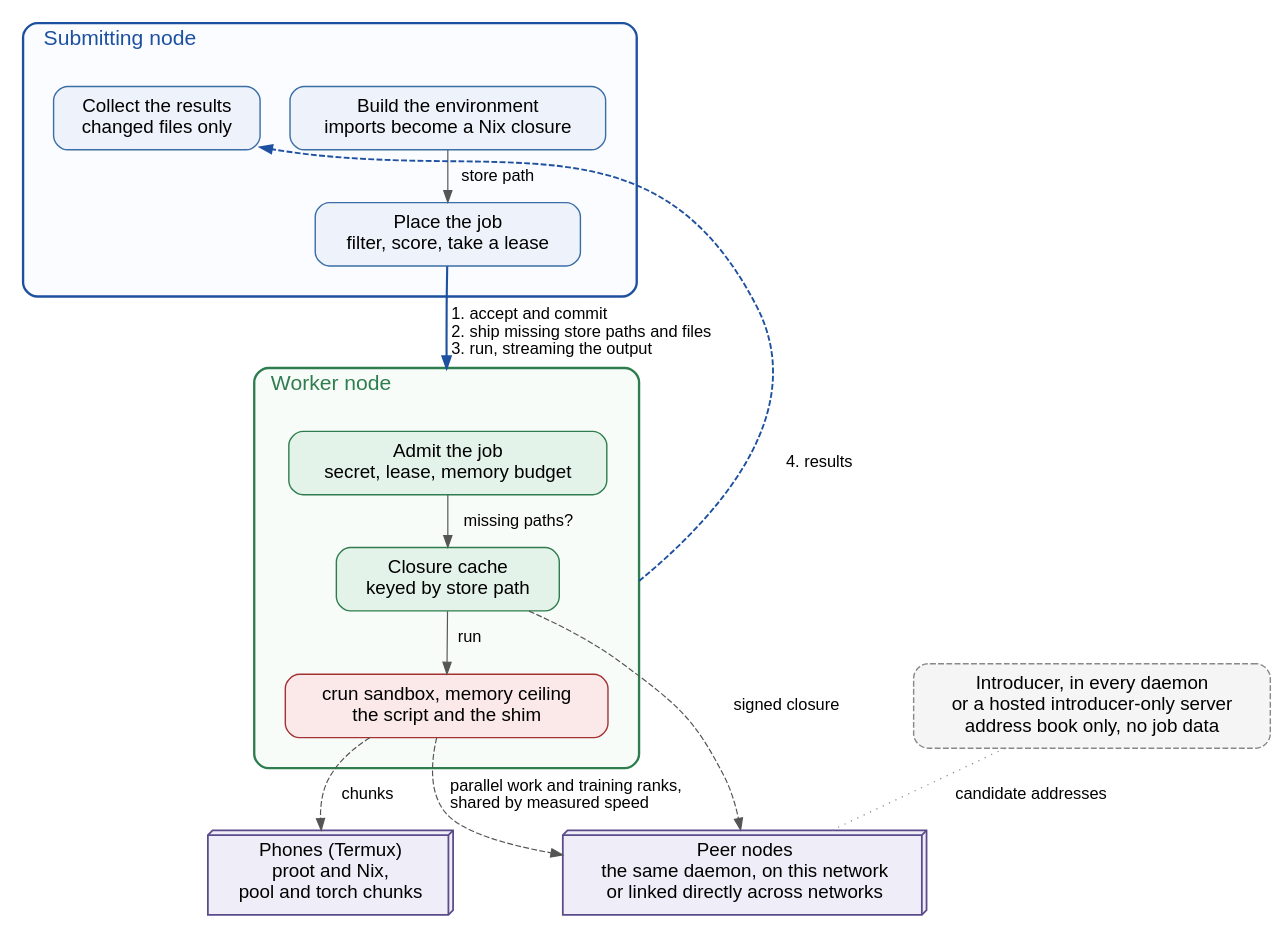
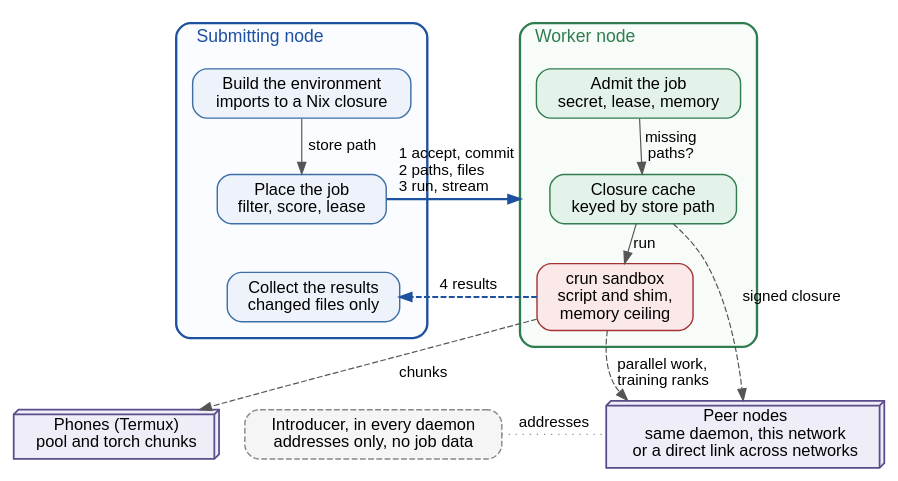
Before and after one commit to vinayakyadav2709/Pipedpeer: the diagram in docs/diagrams/src/fig_3.1_system_design.dot, drawn with Graphviz. The commit also changed 49 other files, not shown here.

```diff
--- a/docs/diagrams/src/fig_3.1_system_design.dot
+++ b/docs/diagrams/src/fig_3.1_system_design.dot
@@ -1,49 +1,51 @@
-// Figure 3.1 - PipedPeer system design.
+// Figure 3.1 - PipedPeer system design (report).
 // Every box is on the path. Every daemon serves the introducer for its own
 // cluster; it is drawn apart, dashed, because a LAN cluster needs none and a
-// hosted introducer-only server may take the role. Phones join as nodes that
-// take parallel chunks under proot and Nix.
+// hosted introducer-only server may take the role. Phones take chunks only.
+// Labels are kept short so the text prints at 8 pt or more at text width.
 digraph SystemDesign {
-  rankdir=TB; compound=true; bgcolor="white"; nodesep=0.35; ranksep=0.42;
-  node [fontname="Helvetica", fontsize=16, shape=box, style="rounded,filled",
-        fillcolor="#eef3fb", color="#3b6ea5", penwidth=1.2, margin="0.20,0.13"];
-  edge [fontname="Helvetica", fontsize=14, color="#555555"];
-  graph [fontname="Helvetica", fontsize=18];
+  rankdir=TB; newrank=true; compound=true; bgcolor="white"; nodesep=0.30; ranksep=0.28;
+  node [fontname="Helvetica", fontsize=14, shape=box, style="rounded,filled",
+        fillcolor="#eef3fb", color="#3b6ea5", penwidth=1.2, margin="0.14,0.08"];
+  edge [fontname="Helvetica", fontsize=13, color="#555555"];
+  graph [fontname="Helvetica", fontsize=15];
 
   subgraph cluster_submit {
     label="Submitting node"; labeljust=l;
     style="rounded"; color="#1e50a0"; penwidth=2.0; fontcolor="#1e50a0"; bgcolor="#fafcff";
-    margin="26,20";
-    build [label="Build the environment\nimports become a Nix closure"];
-    place [label="Place the job\nfilter, score, take a lease"];
+    margin="14,12";
+    build [label="Build the environment\nimports to a Nix closure"];
+    place [label="Place the job\nfilter, score, lease"];
     coll  [label="Collect the results\nchanged files only"];
-    build -> place [label="  store path  "];
+    build -> place [label="store path"];
+    place -> coll [style=invis];
   }
 
   subgraph cluster_worker {
     label="Worker node"; labeljust=l;
     style="rounded"; color="#2f7d4f"; penwidth=2.0; fontcolor="#2f7d4f"; bgcolor="#f8fcf9";
-    margin="26,20";
+    margin="14,12";
     node [fillcolor="#e3f3e9", color="#2f7d4f"];
-    admit [label="Admit the job\nsecret, lease, memory budget"];
+    admit [label="Admit the job\nsecret, lease, memory"];
     cache [label="Closure cache\nkeyed by store path"];
-    sandbox [label="crun sandbox, memory ceiling\nthe script and the shim", fillcolor="#fbe9e9", color="#a33333"];
-    admit -> cache [label="  missing paths?  "];
-    cache -> sandbox [label="  run  "];
+    sandbox [label="crun sandbox\nscript and shim,\nmemory ceiling", fillcolor="#fbe9e9", color="#a33333"];
+    admit -> cache [label="missing\npaths?"];
+    cache -> sandbox [label="run"];
   }
 
-  peers [label="Peer nodes\nthe same daemon, on this network\nor linked directly across networks", shape=box3d, fillcolor="#efedf7", color="#5b4b8a", penwidth=1.5];
-  phone [label="Phones (Termux)\nproot and Nix,\npool and torch chunks", shape=box3d, fillcolor="#efedf7", color="#5b4b8a", penwidth=1.5];
-  intro [label="Introducer, in every daemon\nor a hosted introducer-only server\naddress book only, no job data", style="rounded,filled,dashed", fillcolor="#f5f5f5", color="#888888"];
+  intro [label="Introducer, in every daemon\naddresses only, no job data", style="rounded,filled,dashed", fillcolor="#f5f5f5", color="#888888"];
+  peers [label="Peer nodes\nsame daemon, this network\nor a direct link across networks", shape=box3d, fillcolor="#efedf7", color="#5b4b8a", penwidth=1.5];
+  phone [label="Phones (Termux)\npool and torch chunks", shape=box3d, fillcolor="#efedf7", color="#5b4b8a", penwidth=1.5];
+  { rank=same; build; admit; }
+  { rank=same; place; cache; }
+  { rank=same; coll; sandbox; }
+  { rank=same; intro; peers; phone; }
 
-  place -> admit [lhead=cluster_worker, penwidth=1.8, color="#1e50a0",
-                  label="  1. accept and commit\l  2. ship missing store paths and files\l  3. run, streaming the output\l"];
-  sandbox -> coll [ltail=cluster_worker, style=dashed, penwidth=1.6, color="#1e50a0", constraint=false,
-                   label="  4. results  "];
-
-  cache   -> peers [style=dashed, label="  signed closure  "];
-  sandbox -> peers [style=dashed, label="  parallel work and training ranks,\l  shared by measured speed\l"];
-  sandbox -> phone [style=dashed, label="  chunks  "];
-  { rank=same; peers; phone; }
-  intro   -> peers [style=dotted, arrowhead=none, color="#888888", label="  candidate addresses  "];
+  place -> cache [lhead=cluster_worker, penwidth=1.8, color="#1e50a0",
+                  label="1 accept, commit\l2 paths, files\l3 run, stream\l"];
+  sandbox -> coll [style=dashed, penwidth=1.6, color="#1e50a0", label="4 results"];
+  cache   -> peers [style=dashed, label="signed closure"];
+  sandbox -> peers [style=dashed, label="parallel work,\ltraining ranks\l"];
+  sandbox -> phone [style=dashed, label="chunks"];
+  intro -> peers [style=dotted, arrowhead=none, color="#888888", label="addresses"];
 }
```
